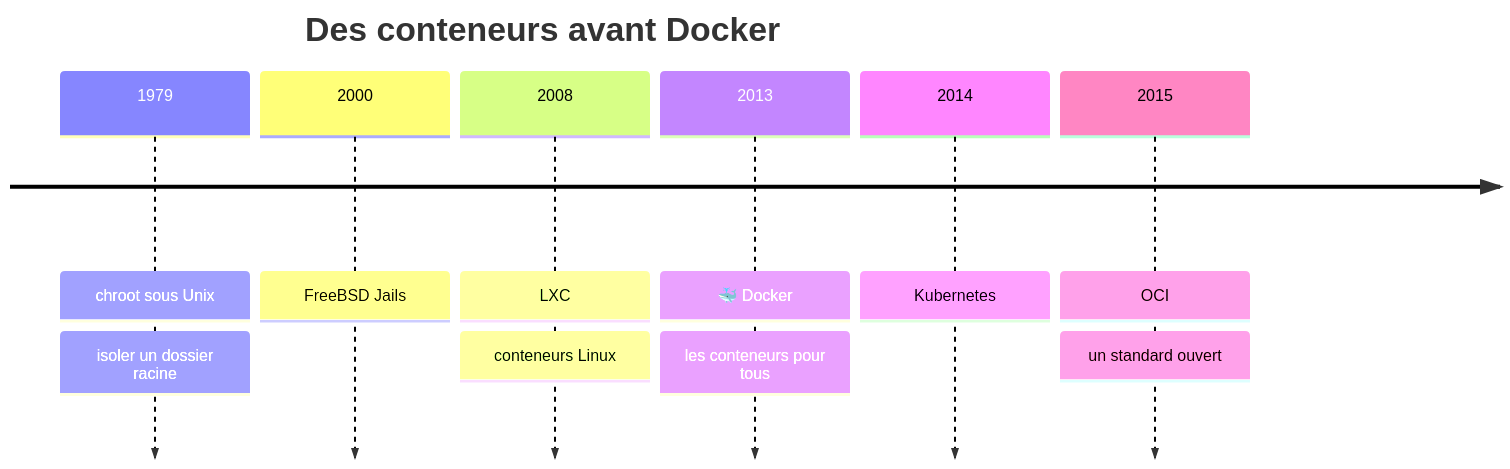
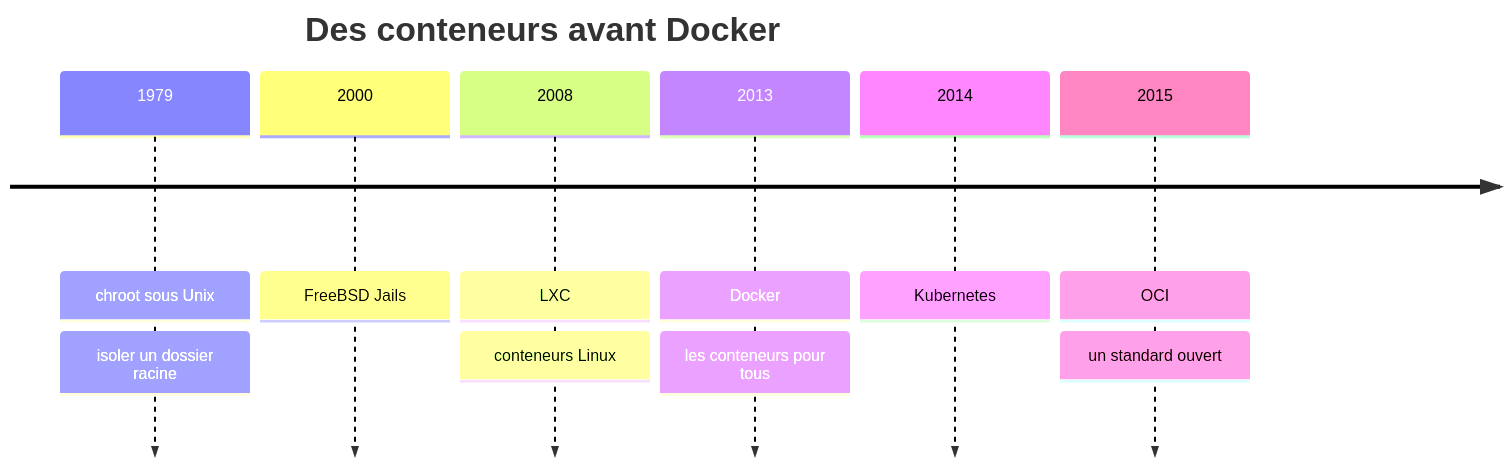
Before and after one commit to GoobyWoobies/HEIA-IT: the fifth of 5 diagrams in methodologie-securite-it/docker/01-introduction.md, drawn with Mermaid. The commit also changed other lines of this file and 24 other files, not shown here.

````diff
--- a/methodologie-securite-it/docker/01-introduction.md
+++ b/methodologie-securite-it/docker/01-introduction.md
@@ -215,14 +215,14 @@
 ```mermaid
 timeline
     title Des conteneurs avant Docker
     1979 : chroot sous Unix
          : isoler un dossier racine
     2000 : FreeBSD Jails
     2008 : LXC
          : conteneurs Linux
-    2013 : 🐳 Docker
+    2013 : Docker
          : les conteneurs pour tous
     2014 : Kubernetes
     2015 : OCI
          : un standard ouvert
 ```
````
